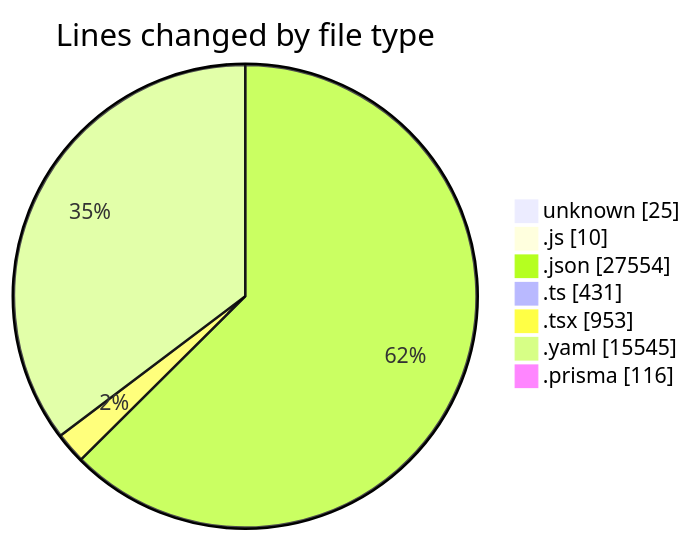
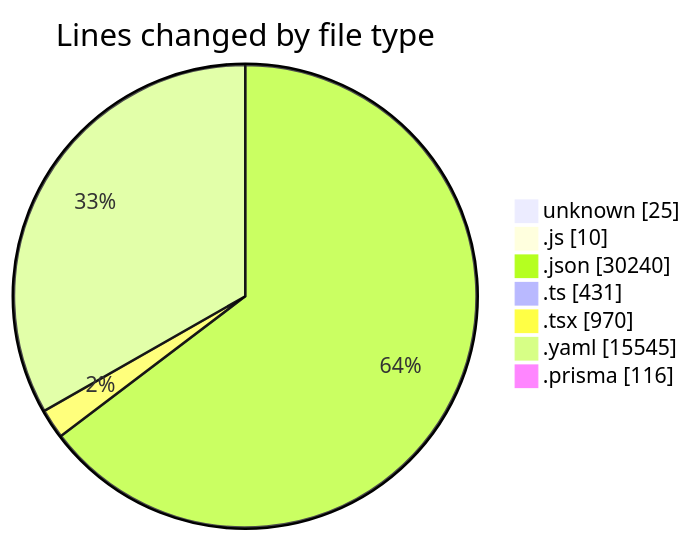
The first of 2 diagrams in 2025-05-02/ecodeli/README.md (CELIANVF/code-tracking), drawn with Mermaid before and after one commit. The commit also changed other lines of this file and 1 other file, not shown here.

````diff
--- a/2025-05-02/ecodeli/README.md
+++ b/2025-05-02/ecodeli/README.md
@@ -44,11 +44,11 @@
 ```mermaid
 pie showData
 title Lines changed by file type
 "unknown" : 25
 ".js" : 10
-".json" : 27554
+".json" : 30240
 ".ts" : 431
-".tsx" : 953
+".tsx" : 970
 ".yaml" : 15545
 ".prisma" : 116
 ```
````
